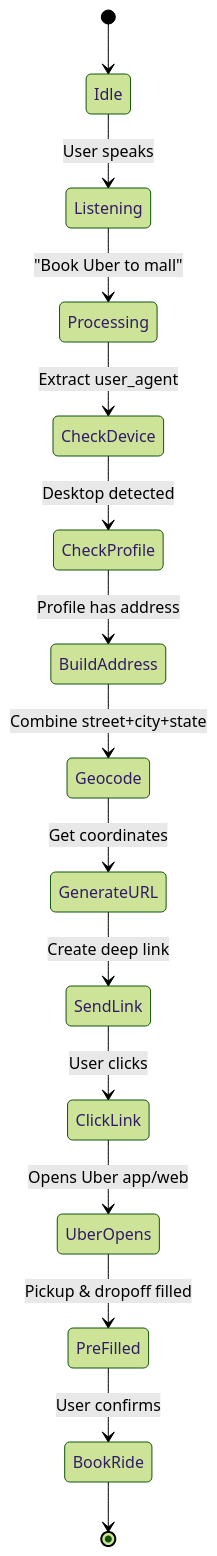
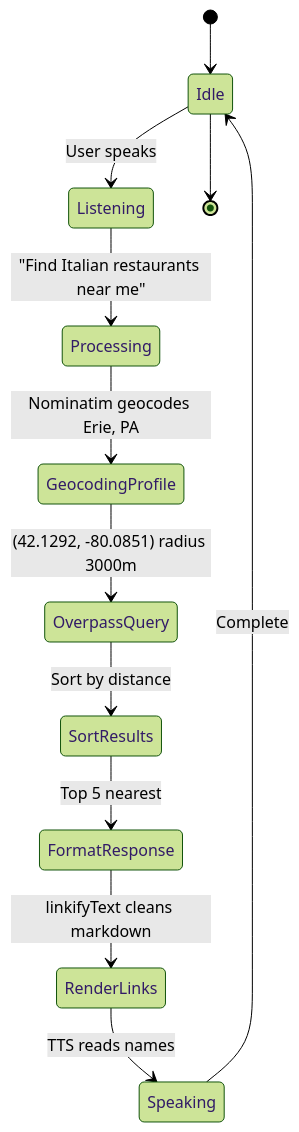
Before and after one commit to saikiranaravala/PersonalizedVoiceLocationAwareAgent: diagram 11 of 31 in docs/DIAGRAMS.md, drawn with Mermaid (forest theme). The commit also changed other lines of this file and 4 other files, not shown here.

````diff
--- a/docs/DIAGRAMS.md
+++ b/docs/DIAGRAMS.md
@@ -266,17 +354,14 @@
 ```mermaid
 stateDiagram-v2
     [*] --> Idle
     Idle --> Listening: User speaks
-    Listening --> Processing: "Book Uber to mall"
-    Processing --> CheckDevice: Extract user_agent
-    CheckDevice --> CheckProfile: Desktop detected
-    CheckProfile --> BuildAddress: Profile has address
-    BuildAddress --> Geocode: Combine street+city+state
-    Geocode --> GenerateURL: Get coordinates
-    GenerateURL --> SendLink: Create deep link
-    SendLink --> ClickLink: User clicks
-    ClickLink --> UberOpens: Opens Uber app/web
-    UberOpens --> PreFilled: Pickup & dropoff filled
-    PreFilled --> BookRide: User confirms
-    BookRide --> [*]
+    Listening --> Processing: "Find Italian restaurants near me"
+    Processing --> GeocodingProfile: Nominatim geocodes Erie, PA
+    GeocodingProfile --> OverpassQuery: (42.1292, -80.0851) radius 3000m
+    OverpassQuery --> SortResults: Sort by distance
+    SortResults --> FormatResponse: Top 5 nearest
+    FormatResponse --> RenderLinks: linkifyText cleans markdown
+    RenderLinks --> Speaking: TTS reads names
+    Speaking --> Idle: Complete
+    Idle --> [*]
 ```
````
